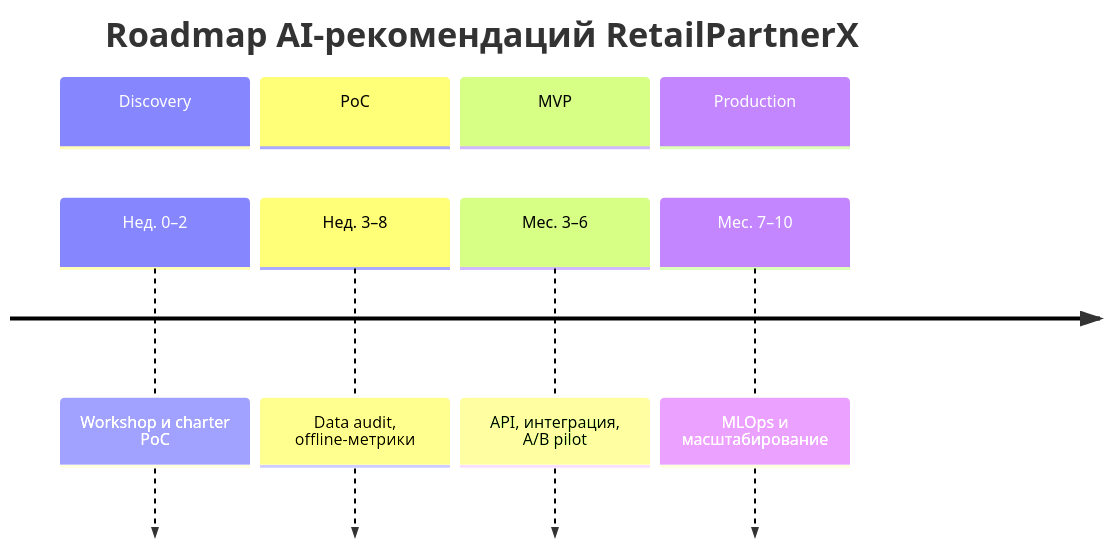
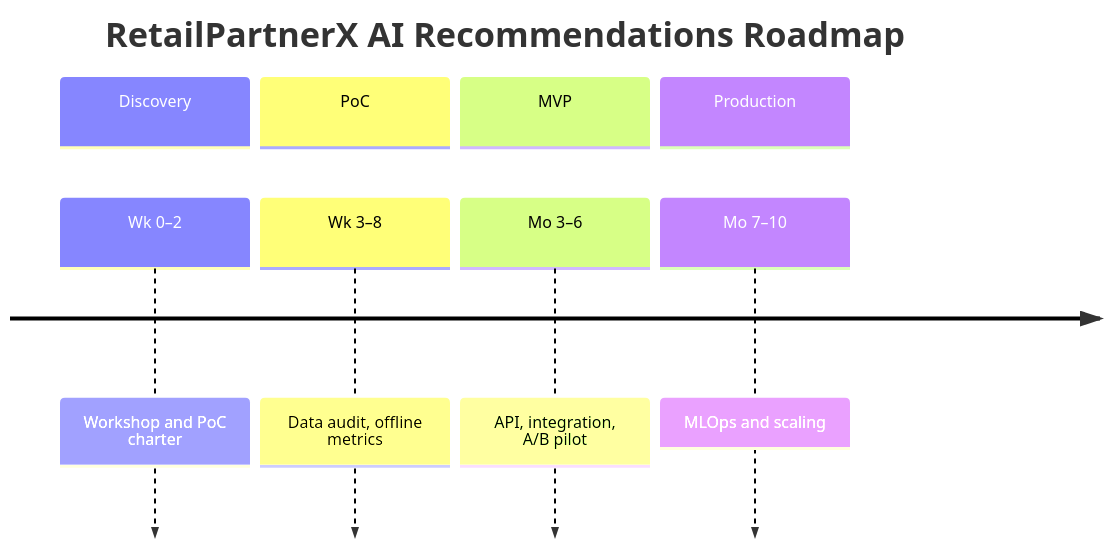
One commit to YuesIt17/yuit-docs-ai-architect changed the second of 2 diagrams in hw-1/RetailPartnerX_AI_Strategy.md. Above: the diagram before and after it, drawn with Mermaid. The commit also changed other lines of this file and 12 other files, not shown here.

````diff
--- a/hw-1/RetailPartnerX_AI_Strategy.md
+++ b/hw-1/RetailPartnerX_AI_Strategy.md
@@ -220,12 +220,12 @@
 ```mermaid
 timeline
-    title Roadmap AI-рекомендаций RetailPartnerX
+    title RetailPartnerX AI Recommendations Roadmap
     section Discovery
-        Нед. 0–2 : Workshop и charter PoC
+        Wk 0–2 : Workshop and PoC charter
     section PoC
-        Нед. 3–8 : Data audit, offline-метрики
+        Wk 3–8 : Data audit, offline metrics
     section MVP
-        Мес. 3–6 : API, интеграция, A/B pilot
+        Mo 3–6 : API, integration, A/B pilot
     section Production
-        Мес. 7–10 : MLOps и масштабирование
+        Mo 7–10 : MLOps and scaling
 ```
````
